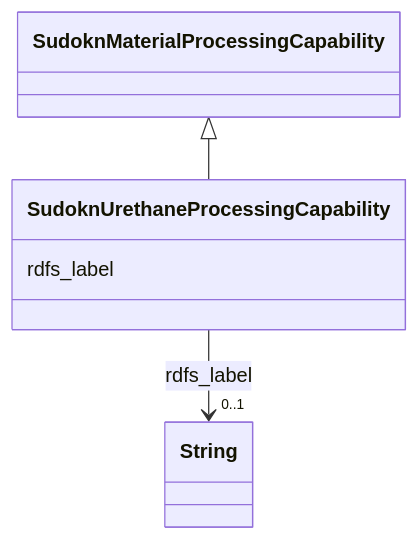
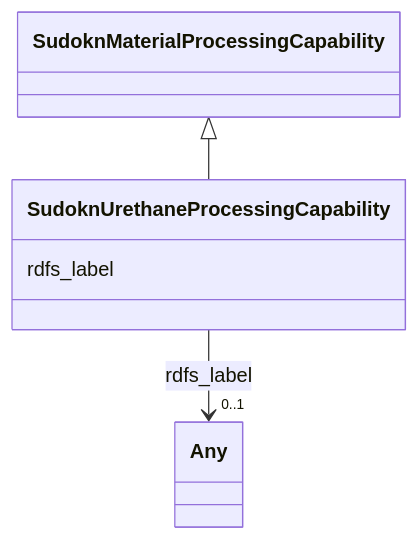
One commit to frink-okn/graph-descriptions changed the diagram in sudokn-kg/classes/SudoknUrethaneProcessingCapability.md. Above: the diagram before and after it, drawn with Mermaid. The commit also changed other lines of this file and 903 other files, not shown here.

````diff
--- a/sudokn-kg/classes/SudoknUrethaneProcessingCapability.md
+++ b/sudokn-kg/classes/SudoknUrethaneProcessingCapability.md
@@ -23,18 +18,18 @@
 ```mermaid
  classDiagram
     class SudoknUrethaneProcessingCapability
     click SudoknUrethaneProcessingCapability href "../SudoknUrethaneProcessingCapability"
       SudoknMaterialProcessingCapability <|-- SudoknUrethaneProcessingCapability
         click SudoknMaterialProcessingCapability href "../SudoknMaterialProcessingCapability"
       
       SudoknUrethaneProcessingCapability : rdfs_label
         
           
     
     
-    SudoknUrethaneProcessingCapability --> "0..1" String : rdfs_label
-    click String href "../String"
+    SudoknUrethaneProcessingCapability --> "0..1" Any : rdfs_label
+    click Any href "../Any"
 
         
       
 ```
````
